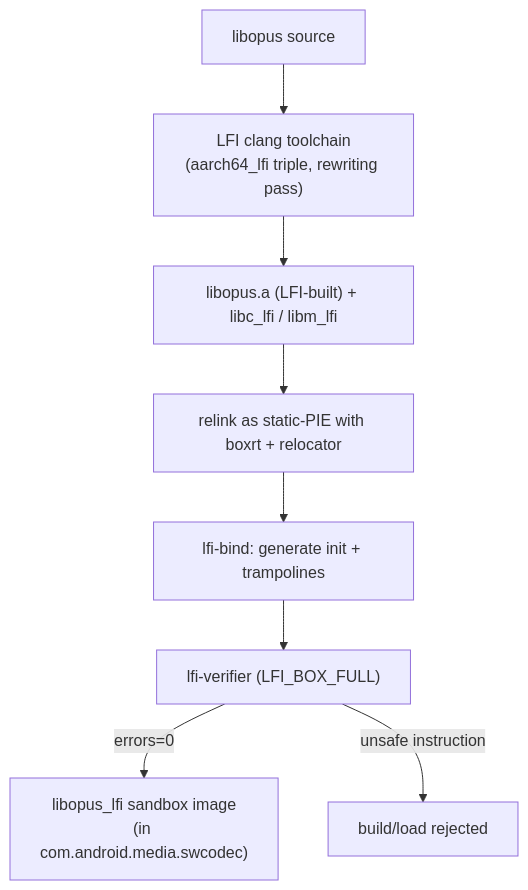
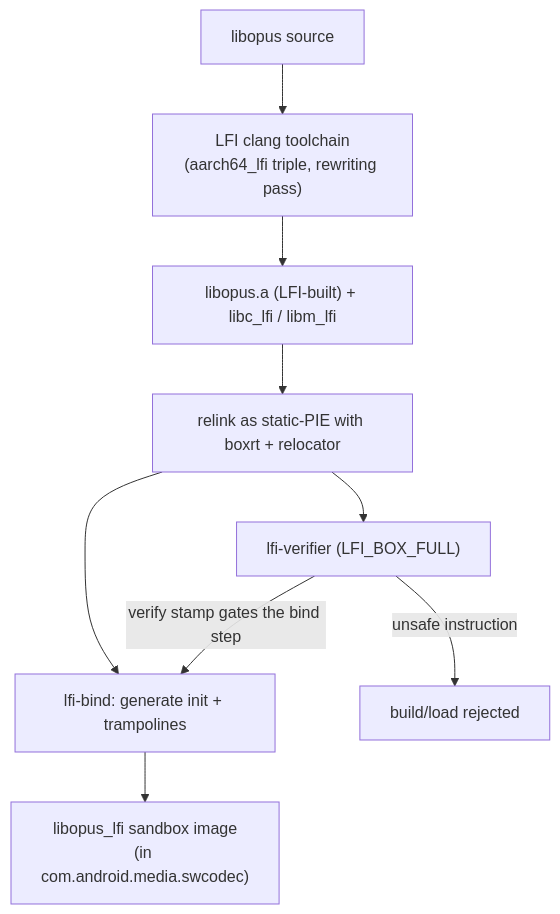
One commit to aospbooks/aosp-internal-book changed the third of 4 diagrams in agents/claude/skills/aosp-security/43-lfi-sandbox.md. Above: the diagram before and after it, drawn with Mermaid. The commit also changed other lines of this file and 218 other files, not shown here.

````diff
--- a/agents/claude/skills/aosp-security/43-lfi-sandbox.md
+++ b/agents/claude/skills/aosp-security/43-lfi-sandbox.md
@@ -358,10 +361,11 @@
 ```mermaid
 flowchart TD
   SRC["libopus source"] --> CC["LFI clang toolchain<br/>(aarch64_lfi triple, rewriting pass)"]
   CC --> LFILIB["libopus.a (LFI-built) + libc_lfi / libm_lfi"]
   LFILIB --> PIE["relink as static-PIE with boxrt + relocator"]
+  PIE --> VER["lfi-verifier (LFI_BOX_FULL)"]
   PIE --> BIND["lfi-bind: generate init + trampolines"]
-  BIND --> VER["lfi-verifier (LFI_BOX_FULL)"]
-  VER -->|"errors=0"| OUT["libopus_lfi sandbox image<br/>(in com.android.media.swcodec)"]
+  VER -->|"verify stamp gates the bind step"| BIND
+  BIND --> OUT["libopus_lfi sandbox image<br/>(in com.android.media.swcodec)"]
   VER -->|"unsafe instruction"| FAIL["build/load rejected"]
 ```
````
